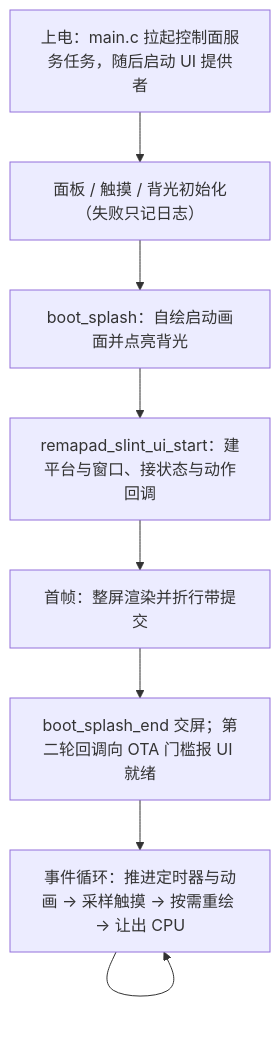
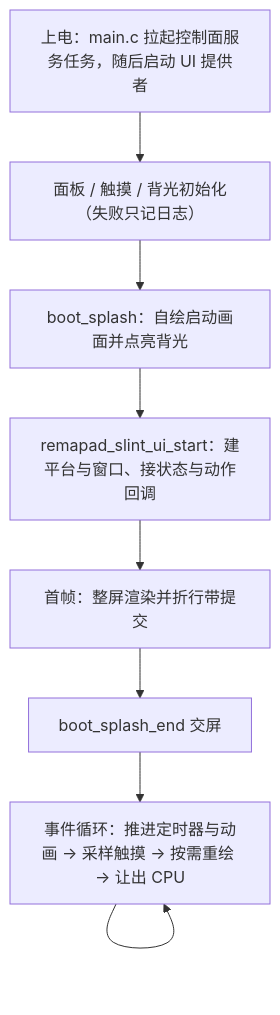
One commit to slime7/remapad changed the fourth of 9 diagrams in docs/ARCHITECTURE.md. Above: the diagram before and after it, drawn with Mermaid. The commit also changed other lines of this file and 13 other files, not shown here.

````diff
--- a/docs/ARCHITECTURE.md
+++ b/docs/ARCHITECTURE.md
@@ -187,10 +187,10 @@
 ```mermaid
 flowchart TB
     Boot["上电：main.c 拉起控制面服务任务，随后启动 UI 提供者"] --> Drv["面板 / 触摸 / 背光初始化（失败只记日志）"]
     Drv --> Splash["boot_splash：自绘启动画面并点亮背光"]
     Splash --> Start["remapad_slint_ui_start：建平台与窗口、接状态与动作回调"]
     Start --> First["首帧：整屏渲染并折行带提交"]
-    First --> Ready["boot_splash_end 交屏；第二轮回调向 OTA 门槛报 UI 就绪"]
+    First --> Ready["boot_splash_end 交屏"]
     Ready --> Loop["事件循环：推进定时器与动画 → 采样触摸 → 按需重绘 → 让出 CPU"]
     Loop --> Loop
 ```
````
